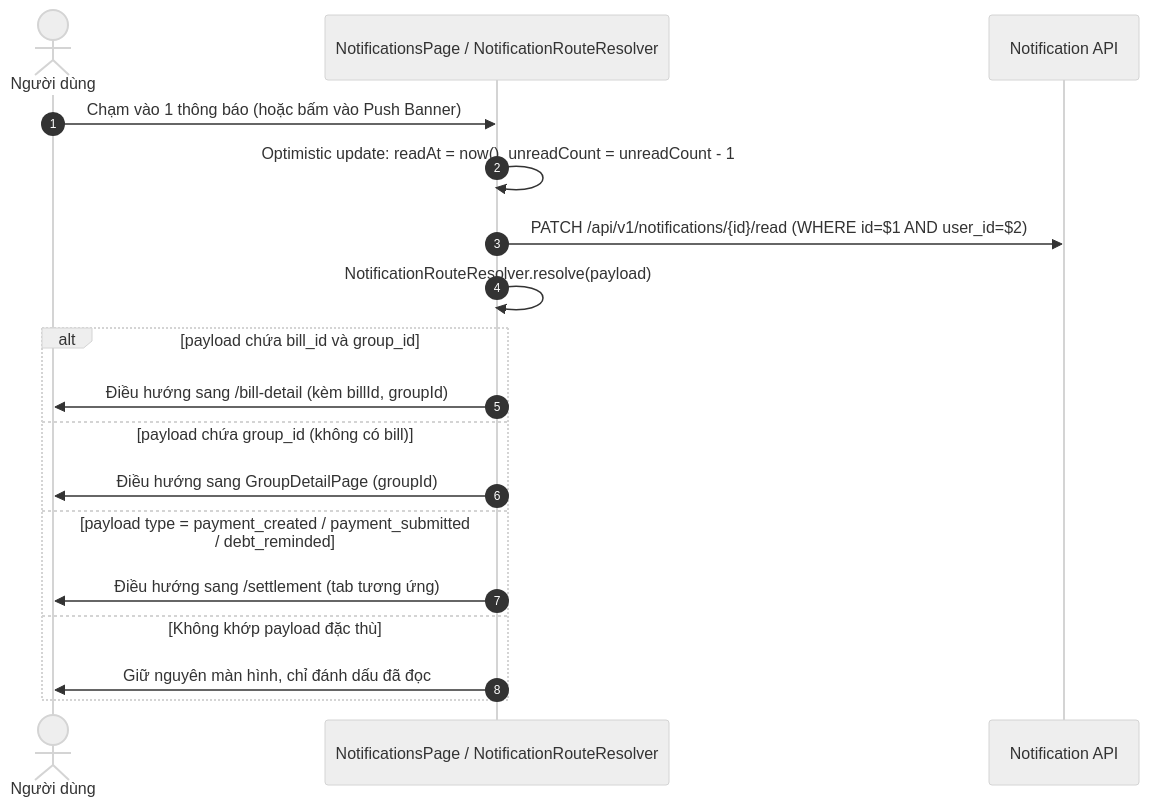
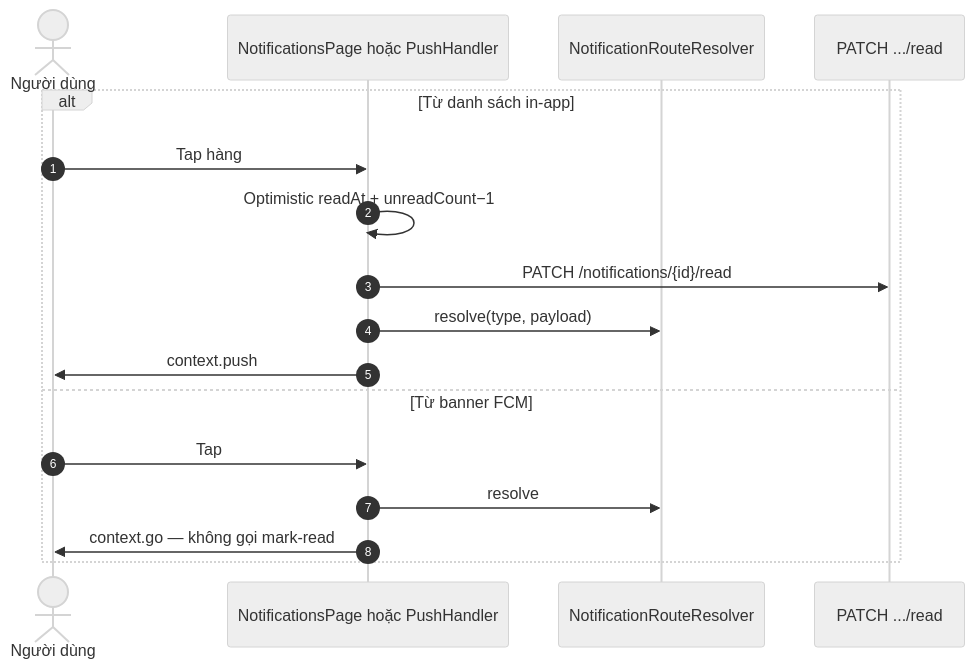
Before and after one commit to FintechVSF-Tranning/PaySplit-RP: the third of 5 diagrams in flow/05-notification.md, drawn with Mermaid (neutral theme). The commit also changed other lines of this file and 8 other files, not shown here.

````diff
--- a/flow/05-notification.md
+++ b/flow/05-notification.md
@@ -130,22 +152,20 @@
 ```mermaid
 sequenceDiagram
     autonumber
     actor U as Người dùng
-    participant FE as NotificationsPage / NotificationRouteResolver
-    participant BE as Notification API
+    participant FE as NotificationsPage hoặc PushHandler
+    participant R as NotificationRouteResolver
+    participant BE as PATCH .../read
 
-    U->>FE: Chạm vào 1 thông báo (hoặc bấm vào Push Banner)
-    FE->>FE: Optimistic update: readAt = now(), unreadCount = unreadCount - 1
-    FE->>BE: PATCH /api/v1/notifications/{id}/read (WHERE id=$1 AND user_id=$2)
-    
-    FE->>FE: NotificationRouteResolver.resolve(payload)
-    alt payload chứa bill_id và group_id
-        FE->>U: Điều hướng sang /bill-detail (kèm billId, groupId)
-    else payload chứa group_id (không có bill)
-        FE->>U: Điều hướng sang GroupDetailPage (groupId)
-    else payload type = payment_created / payment_submitted / debt_reminded
-        FE->>U: Điều hướng sang /settlement (tab tương ứng)
-    else Không khớp payload đặc thù
-        FE->>U: Giữ nguyên màn hình, chỉ đánh dấu đã đọc
+    alt Từ danh sách in-app
+        U->>FE: Tap hàng
+        FE->>FE: Optimistic readAt + unreadCount−1
+        FE->>BE: PATCH /notifications/{id}/read
+        FE->>R: resolve(type, payload)
+        FE->>U: context.push
+    else Từ banner FCM
+        U->>FE: Tap
+        FE->>R: resolve
+        FE->>U: context.go — không gọi mark-read
     end
 ```
````
